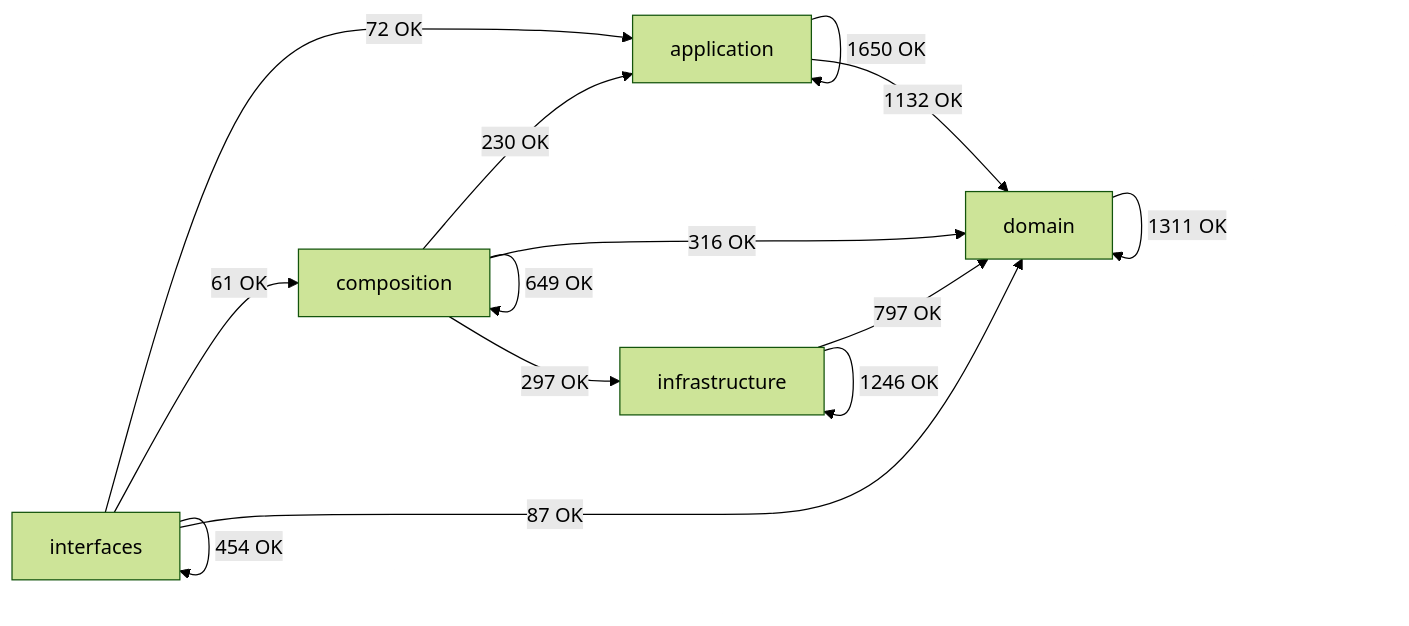
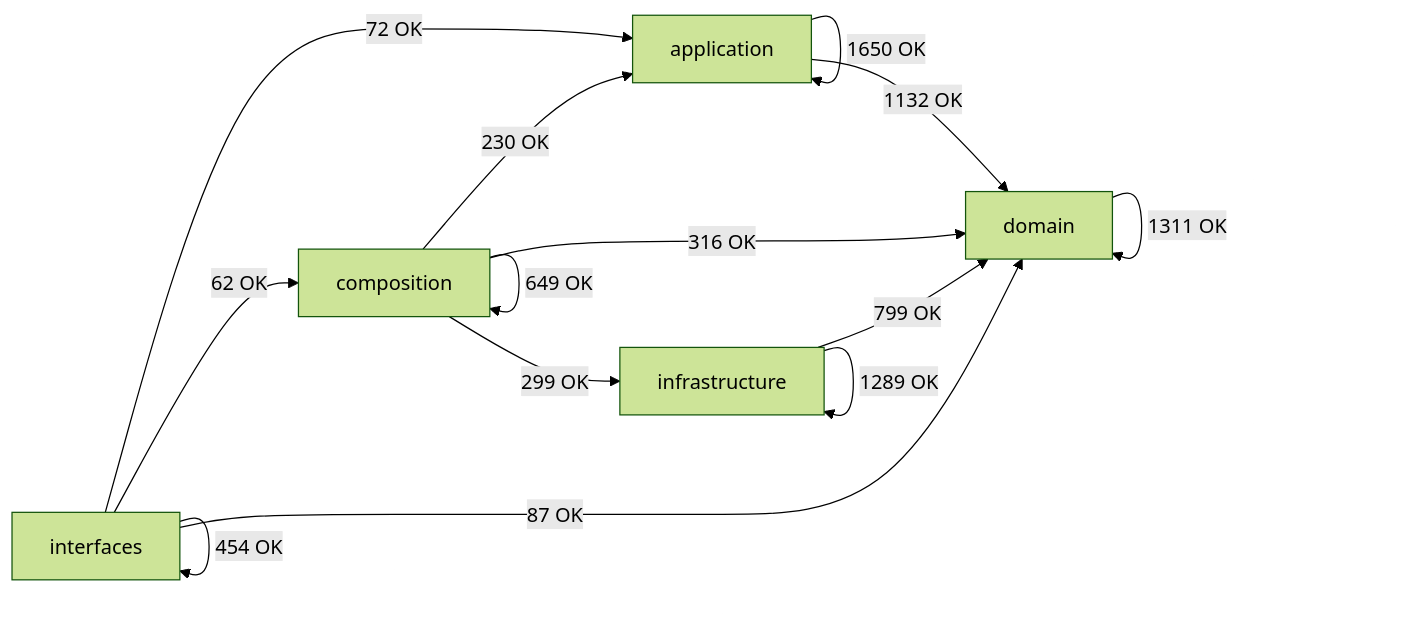
One commit to SatoryKono/BioactivityDataAcquisition changed the diagram in docs/02-architecture/generated/module-dependency-map.md. Above: the diagram before and after it, drawn with Mermaid (forest theme). The commit also changed other lines of this file and 26 other files, not shown here.

````diff
--- a/docs/02-architecture/generated/module-dependency-map.md
+++ b/docs/02-architecture/generated/module-dependency-map.md
@@ -17,21 +17,21 @@
 ```mermaid
 flowchart LR
     domain[domain]
     application[application]
     infrastructure[infrastructure]
     composition[composition]
     interfaces[interfaces]
     application -->|1650 OK| application
     application -->|1132 OK| domain
     composition -->|230 OK| application
     composition -->|649 OK| composition
     composition -->|316 OK| domain
-    composition -->|297 OK| infrastructure
+    composition -->|299 OK| infrastructure
     domain -->|1311 OK| domain
-    infrastructure -->|797 OK| domain
-    infrastructure -->|1246 OK| infrastructure
+    infrastructure -->|799 OK| domain
+    infrastructure -->|1289 OK| infrastructure
     interfaces -->|72 OK| application
-    interfaces -->|61 OK| composition
+    interfaces -->|62 OK| composition
     interfaces -->|87 OK| domain
     interfaces -->|454 OK| interfaces
 ```
````
